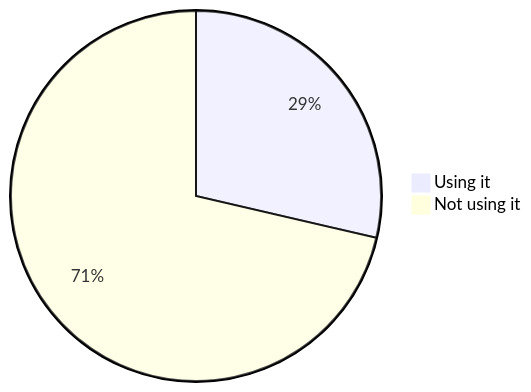
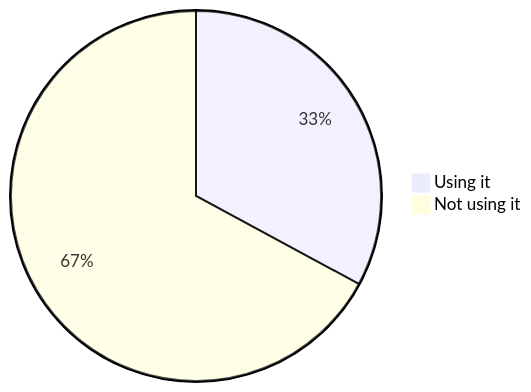
One commit to oshp/oshp-stats changed diagram 14 of 22 in stats.md. Above: the diagram before and after it, drawn with Mermaid. The commit also changed other lines of this file, not shown here.

````diff
--- a/stats.md
+++ b/stats.md
@@ -166,6 +166,6 @@
 ```mermaid
 pie
-	"Using it" : 28.62
-	"Not using it" : 71.38
+	"Using it" : 32.88
+	"Not using it" : 67.12
 
 ```
````
